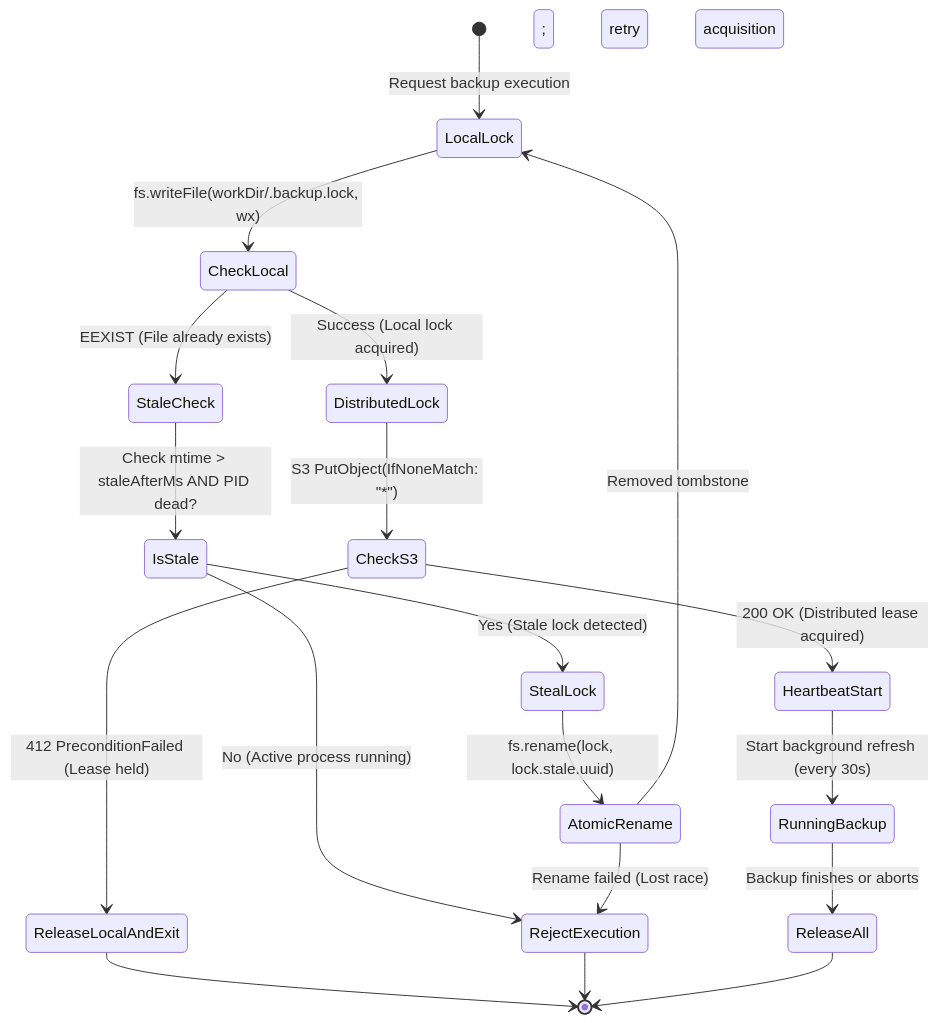
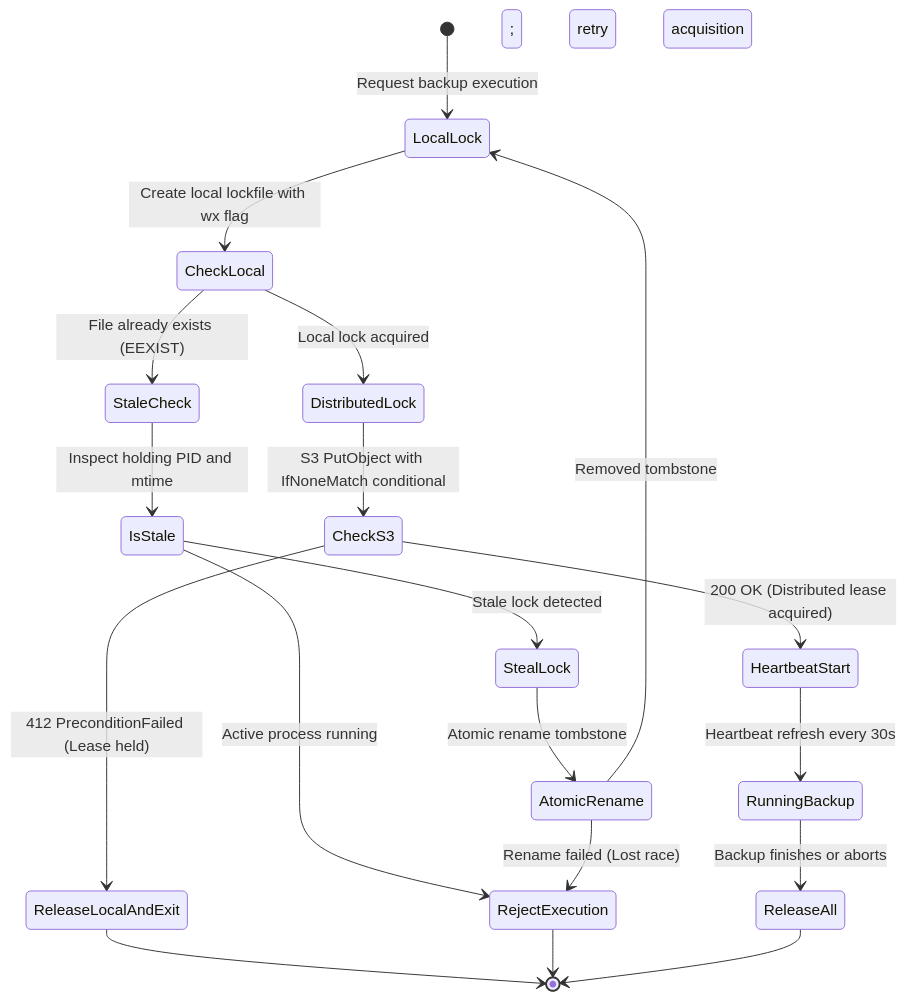
The ninth of 11 diagrams in README.md (bhatbazik/MongoVault), drawn with Mermaid before and after one commit. The commit also changed other lines of this file, not shown here.

Commit message:
docs: improve README with grammar and mermaid diagram updates

````diff
--- a/README.md
+++ b/README.md
@@ -1017,26 +1017,26 @@
 ```mermaid
 stateDiagram-v2
     [*] --> LocalLock: Request backup execution
-    LocalLock --> CheckLocal: fs.writeFile(workDir/.backup.lock, wx)
+    LocalLock --> CheckLocal: Create local lockfile with wx flag
 
-    CheckLocal --> StaleCheck: EEXIST (File already exists)
-    CheckLocal --> DistributedLock: Success (Local lock acquired)
+    CheckLocal --> StaleCheck: File already exists (EEXIST)
+    CheckLocal --> DistributedLock: Local lock acquired
 
-    StaleCheck --> IsStale: Check mtime > staleAfterMs AND PID dead?
-    IsStale --> StealLock: Yes (Stale lock detected)
-    IsStale --> RejectExecution: No (Active process running)
+    StaleCheck --> IsStale: Inspect holding PID and mtime
+    IsStale --> StealLock: Stale lock detected
+    IsStale --> RejectExecution: Active process running
 
-    StealLock --> AtomicRename: fs.rename(lock, lock.stale.uuid)
+    StealLock --> AtomicRename: Atomic rename tombstone
     AtomicRename --> LocalLock: Removed tombstone; retry acquisition
     AtomicRename --> RejectExecution: Rename failed (Lost race)
 
-    DistributedLock --> CheckS3: S3 PutObject(IfNoneMatch: "*")
+    DistributedLock --> CheckS3: S3 PutObject with IfNoneMatch conditional
     CheckS3 --> HeartbeatStart: 200 OK (Distributed lease acquired)
     CheckS3 --> ReleaseLocalAndExit: 412 PreconditionFailed (Lease held)
 
-    HeartbeatStart --> RunningBackup: Start background refresh (every 30s)
+    HeartbeatStart --> RunningBackup: Heartbeat refresh every 30s
     RunningBackup --> ReleaseAll: Backup finishes or aborts
     ReleaseLocalAndExit --> [*]
     RejectExecution --> [*]
     ReleaseAll --> [*]
 ```
````
